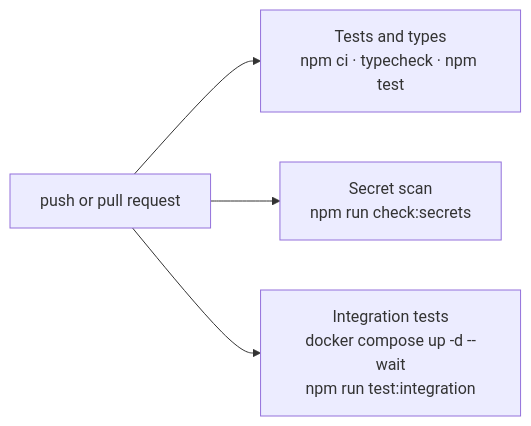
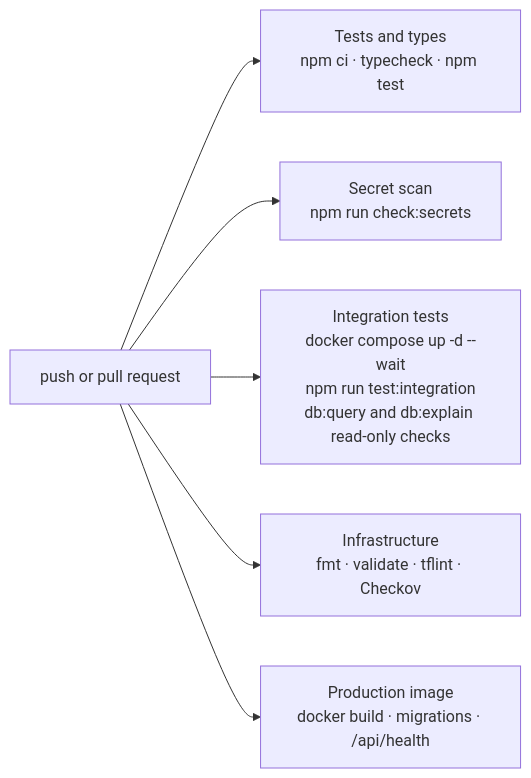
One commit to Blueydata/ai-dev-foundation changed the third of 4 diagrams in docs/technical/testing-and-quality.md. Above: the diagram before and after it, drawn with Mermaid. The commit also changed other lines of this file and 58 other files, not shown here.

First line of the commit message:
build: add AWS infrastructure as code for dev and prod

````diff
--- a/docs/technical/testing-and-quality.md
+++ b/docs/technical/testing-and-quality.md
@@ -38,6 +38,8 @@
 ```mermaid
 flowchart LR
   trigger["push or pull request"] --> tests["Tests and types<br/>npm ci · typecheck · npm test"]
   trigger --> secrets["Secret scan<br/>npm run check:secrets"]
-  trigger --> integration["Integration tests<br/>docker compose up -d --wait<br/>npm run test:integration"]
+  trigger --> integration["Integration tests<br/>docker compose up -d --wait<br/>npm run test:integration<br/>db:query and db:explain read-only checks"]
+  trigger --> infrastructure["Infrastructure<br/>fmt · validate · tflint · Checkov"]
+  trigger --> image["Production image<br/>docker build · migrations · /api/health"]
 ```
````
